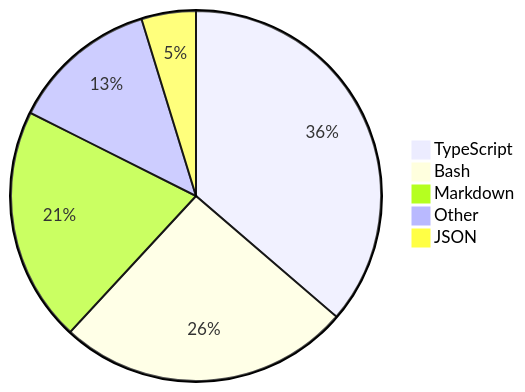
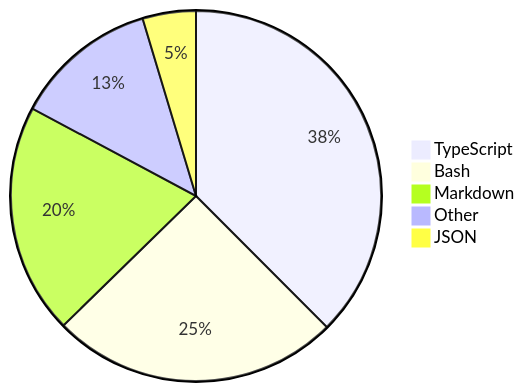
Before and after one commit to skvggor/skvggor: the diagram in README.md, drawn with Mermaid.

Commit message:
Updated waka-readme graph with new metrics

````diff
--- a/README.md
+++ b/README.md
@@ -35,8 +35,8 @@
 ```mermaid
 pie
-    "TypeScript" : 35.9
-    "Bash" : 25.3
-    "Markdown" : 20.3
-    "Other" : 12.7
-    "JSON" : 4.7
+    "TypeScript" : 37.1
+    "Bash" : 24.9
+    "Markdown" : 19.9
+    "Other" : 12.4
+    "JSON" : 4.6
 ```
````
